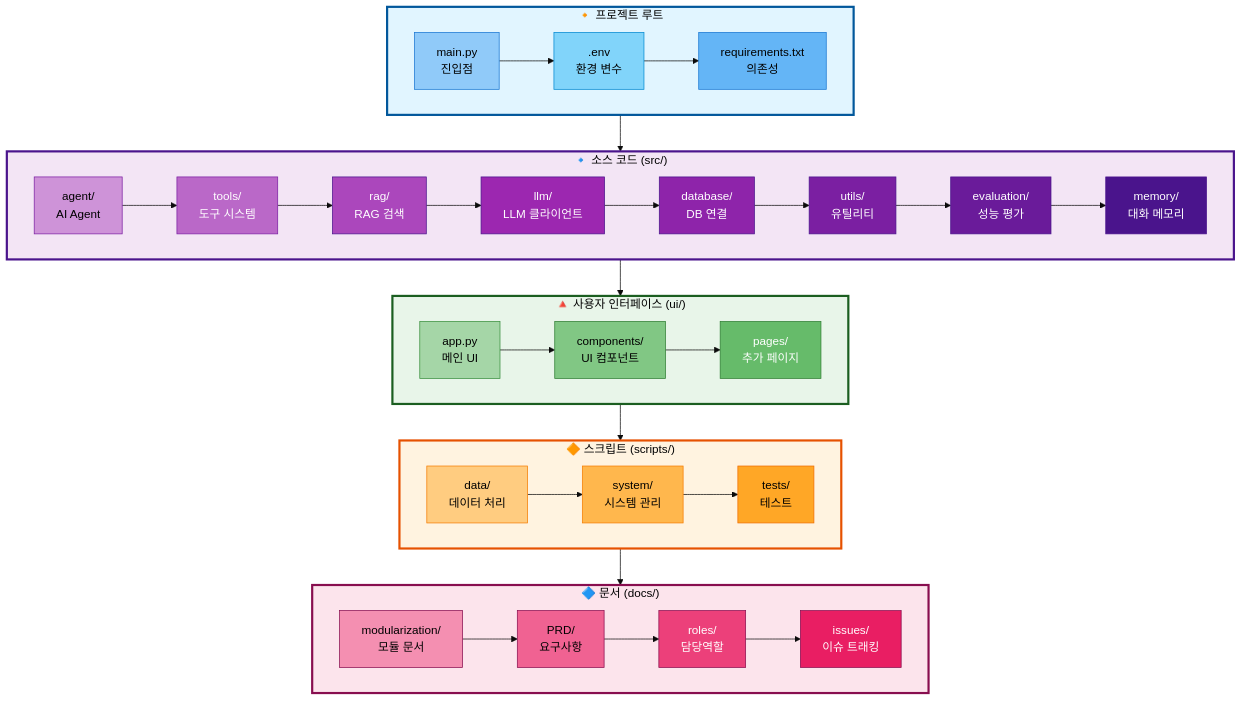
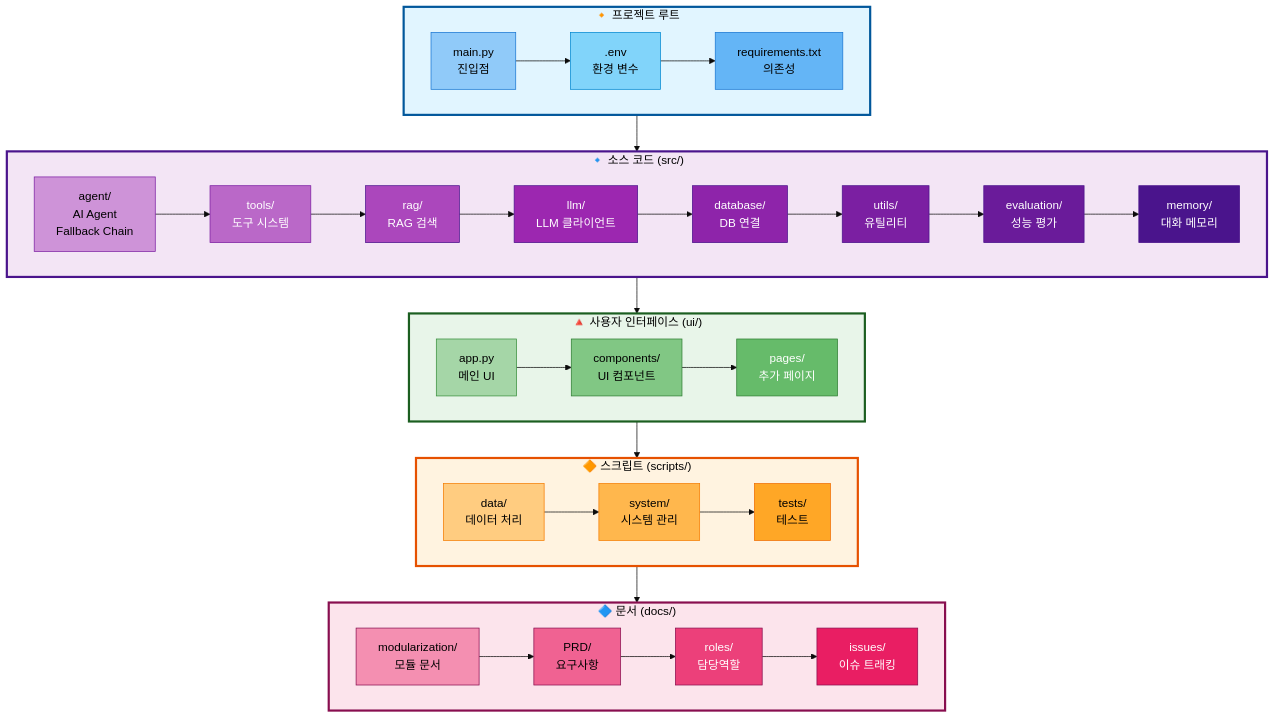
One commit to AIBootcamp14/langchainproject-new-langchainproject_5 changed the first of 3 diagrams in docs/modularization/01_프로젝트_구조.md. Above: the diagram before and after it, drawn with Mermaid (base theme). The commit also changed other lines of this file, not shown here.

First line of the commit message:
docs: 프로젝트 구조 문서의 mermaid 다이어그램에 Fallback Chain 추가

````diff
--- a/docs/modularization/01_프로젝트_구조.md
+++ b/docs/modularization/01_프로젝트_구조.md
@@ -24,81 +24,81 @@
 ```mermaid
 graph TB
     subgraph Root["🔸 프로젝트 루트"]
         direction LR
         Main[main.py<br/>진입점] --> Config[.env<br/>환경 변수]
         Config --> Req[requirements.txt<br/>의존성]
     end
 
     subgraph Source["🔹 소스 코드 (src/)"]
         direction LR
-        Agent[agent/<br/>AI Agent] --> Tools[tools/<br/>도구 시스템]
+        Agent[agent/<br/>AI Agent<br/>Fallback Chain] --> Tools[tools/<br/>도구 시스템]
         Tools --> RAG[rag/<br/>RAG 검색]
         RAG --> LLM[llm/<br/>LLM 클라이언트]
         LLM --> DB[database/<br/>DB 연결]
         DB --> Utils[utils/<br/>유틸리티]
         Utils --> Eval[evaluation/<br/>성능 평가]
         Eval --> Mem[memory/<br/>대화 메모리]
     end
 
     subgraph UI["🔺 사용자 인터페이스 (ui/)"]
         direction LR
         App[app.py<br/>메인 UI] --> Comp[components/<br/>UI 컴포넌트]
         Comp --> Pages[pages/<br/>추가 페이지]
     end
 
     subgraph Scripts["🔶 스크립트 (scripts/)"]
         direction LR
         Data[data/<br/>데이터 처리] --> System[system/<br/>시스템 관리]
         System --> Tests[tests/<br/>테스트]
     end
 
     subgraph Docs["🔷 문서 (docs/)"]
         direction LR
         Mod[modularization/<br/>모듈 문서] --> PRD2[PRD/<br/>요구사항]
         PRD2 --> Roles[roles/<br/>담당역할]
         Roles --> Issues[issues/<br/>이슈 트래킹]
     end
 
     Root --> Source
     Source --> UI
     UI --> Scripts
     Scripts --> Docs
 
     %% Subgraph 스타일
     style Root fill:#e1f5ff,stroke:#01579b,stroke-width:3px,color:#000
     style Source fill:#f3e5f5,stroke:#4a148c,stroke-width:3px,color:#000
     style UI fill:#e8f5e9,stroke:#1b5e20,stroke-width:3px,color:#000
     style Scripts fill:#fff3e0,stroke:#e65100,stroke-width:3px,color:#000
     style Docs fill:#fce4ec,stroke:#880e4f,stroke-width:3px,color:#000
 
     %% 노드 스타일 (프로젝트 루트 - 파랑 계열)
     style Main fill:#90caf9,stroke:#1976d2,color:#000
     style Config fill:#81d4fa,stroke:#0288d1,color:#000
     style Req fill:#64b5f6,stroke:#1976d2,color:#000
 
     %% 노드 스타일 (소스 코드 - 보라 계열)
     style Agent fill:#ce93d8,stroke:#7b1fa2,color:#000
     style Tools fill:#ba68c8,stroke:#7b1fa2,color:#fff
     style RAG fill:#ab47bc,stroke:#4a148c,color:#fff
     style LLM fill:#9c27b0,stroke:#4a148c,color:#fff
     style DB fill:#8e24aa,stroke:#4a148c,color:#fff
     style Utils fill:#7b1fa2,stroke:#4a148c,color:#fff
     style Eval fill:#6a1b9a,stroke:#4a148c,color:#fff
     style Mem fill:#4a148c,stroke:#4a148c,color:#fff
 
     %% 노드 스타일 (UI - 녹색 계열)
     style App fill:#a5d6a7,stroke:#388e3c,color:#000
     style Comp fill:#81c784,stroke:#2e7d32,color:#000
     style Pages fill:#66bb6a,stroke:#2e7d32,color:#fff
 
     %% 노드 스타일 (스크립트 - 주황 계열)
     style Data fill:#ffcc80,stroke:#f57c00,color:#000
     style System fill:#ffb74d,stroke:#f57c00,color:#000
     style Tests fill:#ffa726,stroke:#ef6c00,color:#000
 
     %% 노드 스타일 (문서 - 분홍 계열)
     style Mod fill:#f48fb1,stroke:#880e4f,color:#000
     style PRD2 fill:#f06292,stroke:#880e4f,color:#000
     style Roles fill:#ec407a,stroke:#880e4f,color:#fff
     style Issues fill:#e91e63,stroke:#880e4f,color:#fff
 ```
````
